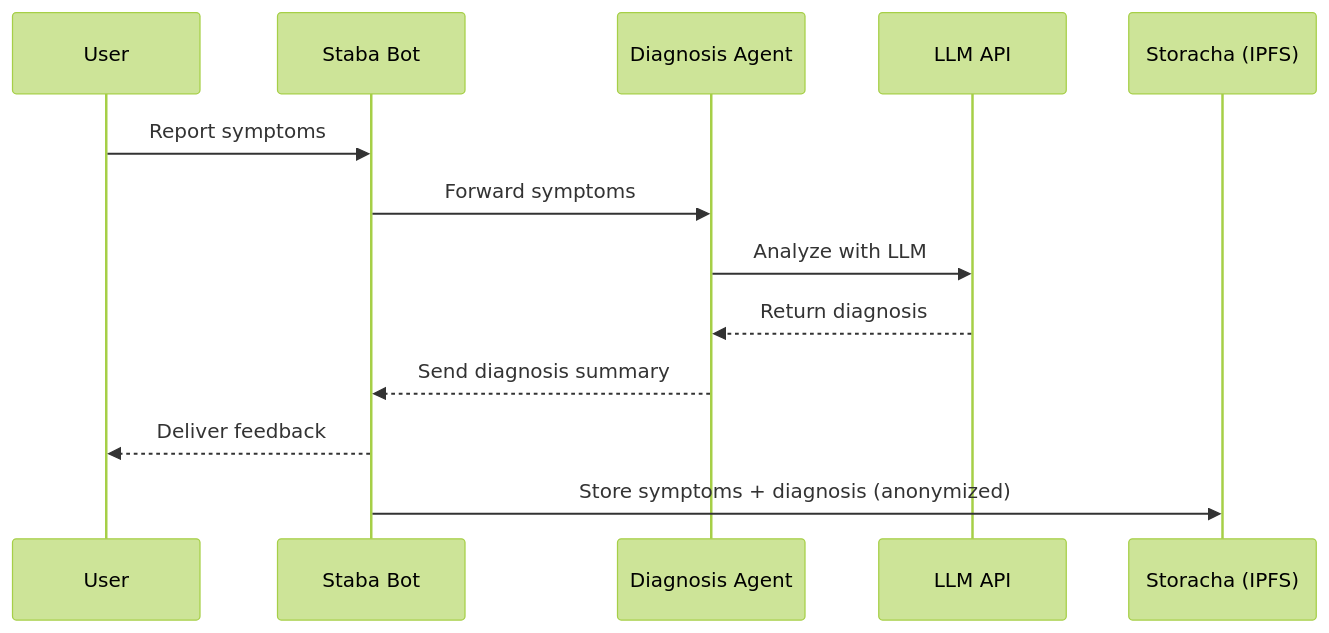
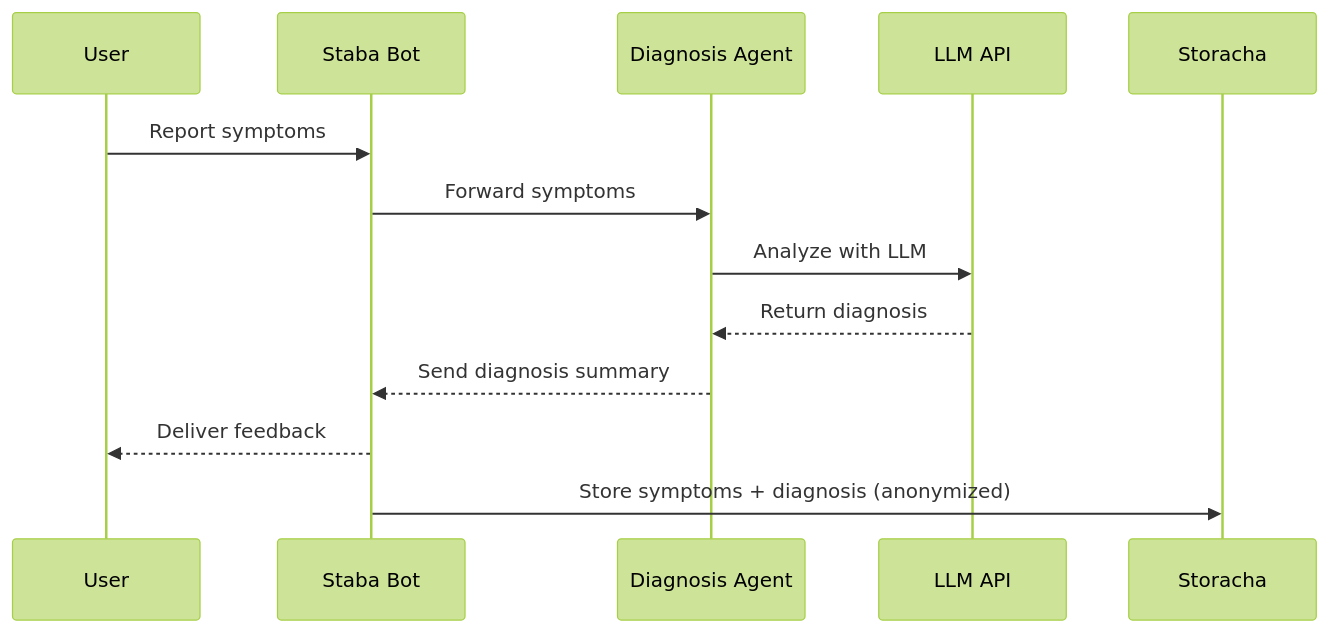
The second of 2 diagrams in README.md (Fatumayattani/staba), drawn with Mermaid (forest theme) before and after one commit. The commit also changed other lines of this file, not shown here.

````diff
--- a/README.md
+++ b/README.md
@@ -191,16 +46,16 @@
 ```mermaid
 sequenceDiagram
     participant U as User
     participant B as Staba Bot
     participant D as Diagnosis Agent
     participant L as LLM API
-    participant S as Storacha (IPFS)
+    participant S as Storacha
 
     U->>B: Report symptoms
     B->>D: Forward symptoms
     D->>L: Analyze with LLM
     L-->>D: Return diagnosis
     D-->>B: Send diagnosis summary
     B-->>U: Deliver feedback
     B->>S: Store symptoms + diagnosis (anonymized)
 ```
````
